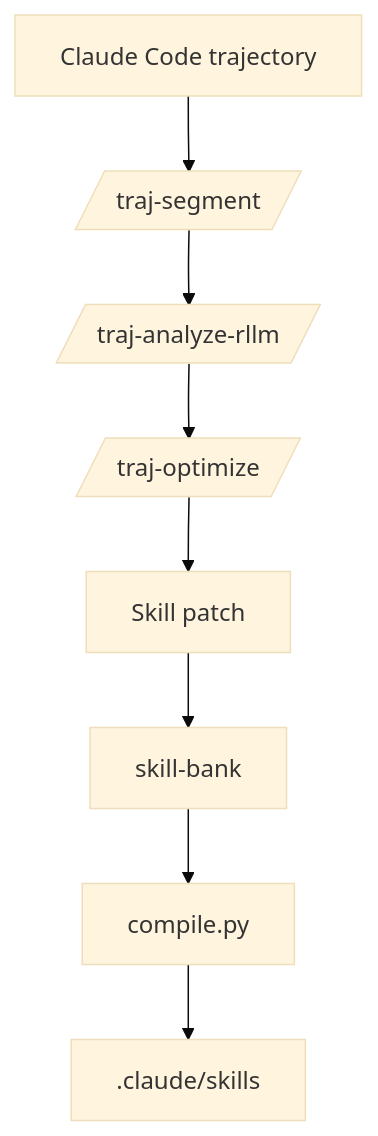
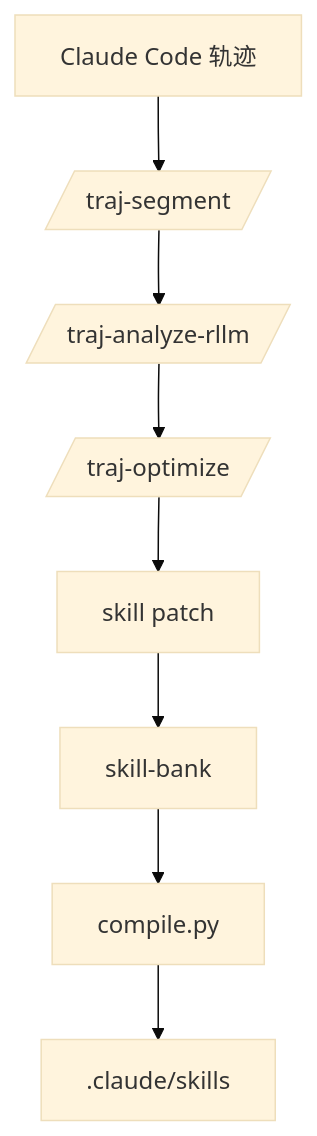
One commit to Codekiing/Agent4AgenticRL-Skill changed the second of 3 diagrams in README.md. Above: the diagram before and after it, drawn with Mermaid (base theme). The commit also changed other lines of this file, not shown here.

````diff
--- a/README.md
+++ b/README.md
@@ -87,10 +89,10 @@
 ```mermaid
 flowchart TD
-    Trace[Claude Code trajectory] --> Segment[/traj-segment/]
+    Trace[Claude Code 轨迹] --> Segment[/traj-segment/]
     Segment --> Analyze[/traj-analyze-rllm/]
     Analyze --> Optimize[/traj-optimize/]
-    Optimize --> Patch[Skill patch]
+    Optimize --> Patch[skill patch]
     Patch --> Bank[skill-bank]
     Bank --> Compile[compile.py]
     Compile --> Skills[.claude/skills]
 ```
````
